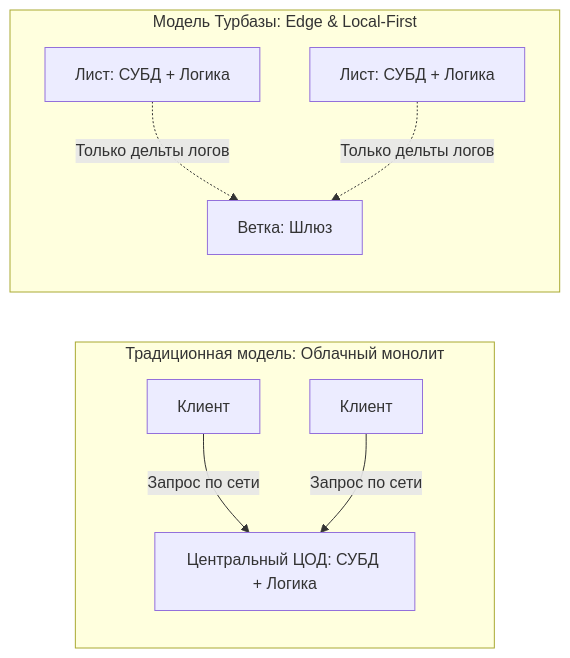
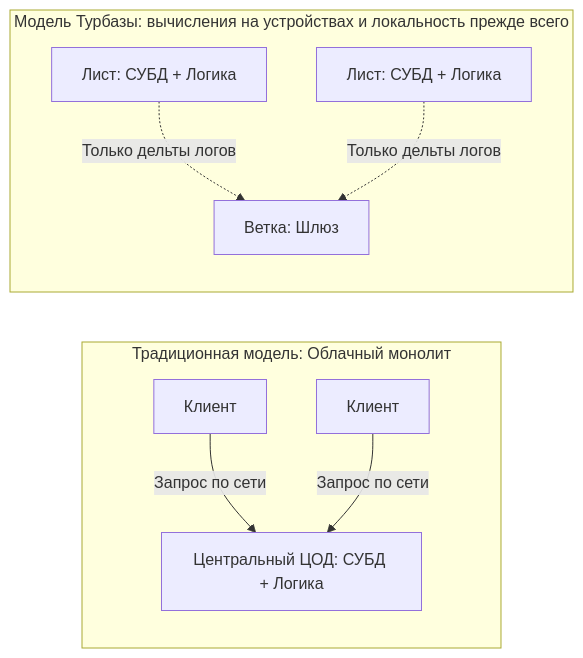
One commit to Data-Independence-Network/presentations changed the third of 12 diagrams in architecture_presentations/01_topology_and_sovereignty/docs/presentation_deck.md. Above: the diagram before and after it, drawn with Mermaid. The commit also changed other lines of this file and 88 other files, not shown here.

```diff
--- a/architecture_presentations/01_topology_and_sovereignty/docs/presentation_deck.md
+++ b/architecture_presentations/01_topology_and_sovereignty/docs/presentation_deck.md
@@ -146,11 +146,11 @@
         <div class="mermaid">
 graph LR
     subgraph Legacy [Традиционная модель: Облачный монолит]
         C1[Клиент] -->|Запрос по сети| Srv[Центральный ЦОД: СУБД + Логика]
         C2[Клиент] -->|Запрос по сети| Srv
     end
-    subgraph Turbase [Модель Турбазы: Edge & Local-First]
+    subgraph Turbase [Модель Турбазы: вычисления на устройствах и локальность прежде всего]
         L1[Лист: СУБД + Логика] -.->|Только дельты логов| Br[Ветка: Шлюз]
         L2[Лист: СУБД + Логика] -.->|Только дельты логов| Br
     end
         </div>
```
